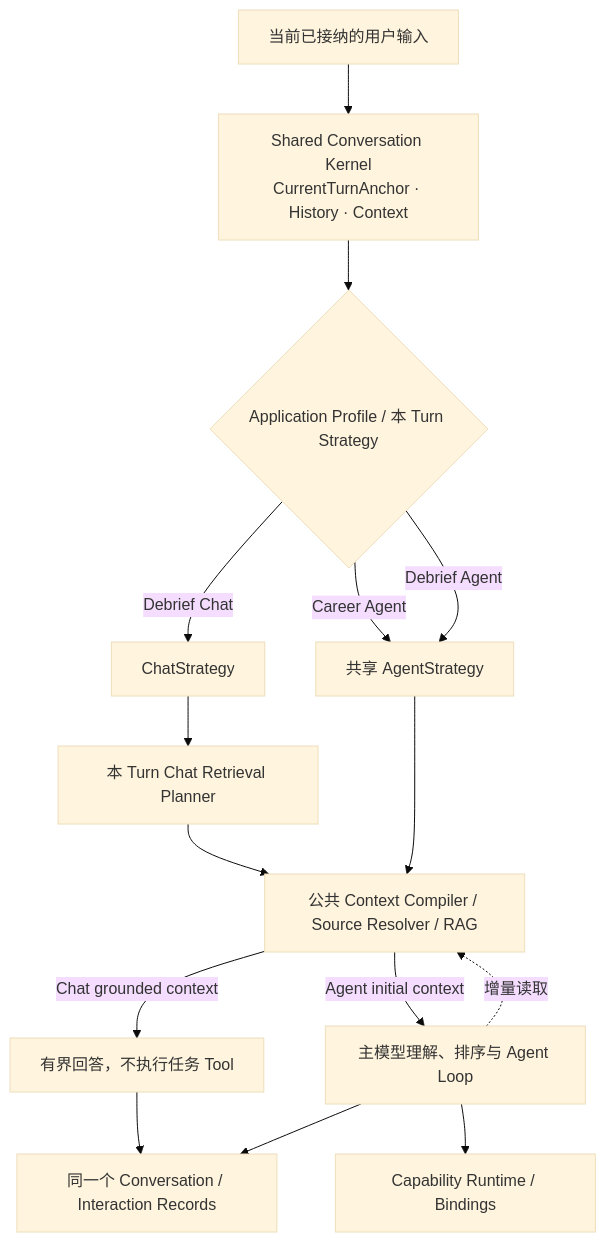
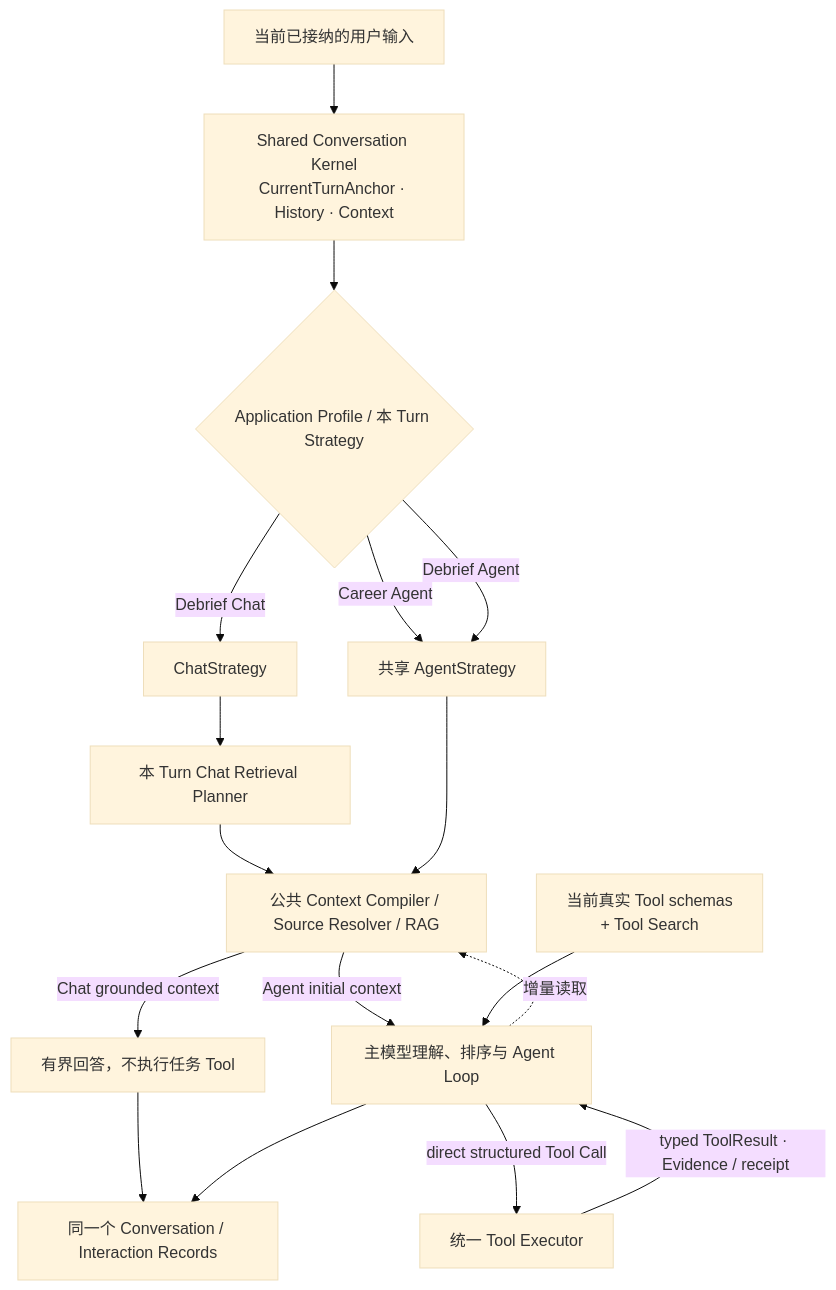
The first of 3 diagrams in docs/architecture/full-cycle-career-copilot.md (studyzhige-ui/Interview_Copilot), drawn with Mermaid (base theme) before and after one commit. The commit also changed other lines of this file, not shown here.

Commit message:
docs: make tools the direct agent interface

````diff
--- a/docs/architecture/full-cycle-career-copilot.md
+++ b/docs/architecture/full-cycle-career-copilot.md
@@ -741,22 +743,24 @@
 ```mermaid
 flowchart TB
     Input["当前已接纳的用户输入"] --> Kernel["Shared Conversation Kernel<br/>CurrentTurnAnchor · History · Context"]
 
     Kernel --> Profile{"Application Profile / 本 Turn Strategy"}
 
     Profile -->|"Career Agent"| Agent["共享 AgentStrategy"]
     Profile -->|"Debrief Agent"| Agent
     Profile -->|"Debrief Chat"| Chat["ChatStrategy"]
 
     Chat --> Retrieval["本 Turn Chat Retrieval Planner"]
     Retrieval --> Context["公共 Context Compiler / Source Resolver / RAG"]
     Context -->|"Chat grounded context"| Answer["有界回答，不执行任务 Tool"]
 
     Agent --> Context
     Context -->|"Agent initial context"| Loop["主模型理解、排序与 Agent Loop"]
     Loop -. "增量读取" .-> Context
-    Loop --> Capability["Capability Runtime / Bindings"]
+    ToolView["当前真实 Tool schemas<br/>+ Tool Search"] --> Loop
+    Loop -->|"direct structured Tool Call"| Executor["统一 Tool Executor"]
+    Executor -->|"typed ToolResult · Evidence / receipt"| Loop
 
     Answer --> Conversation["同一个 Conversation / Interaction Records"]
     Loop --> Conversation
 ```
````
